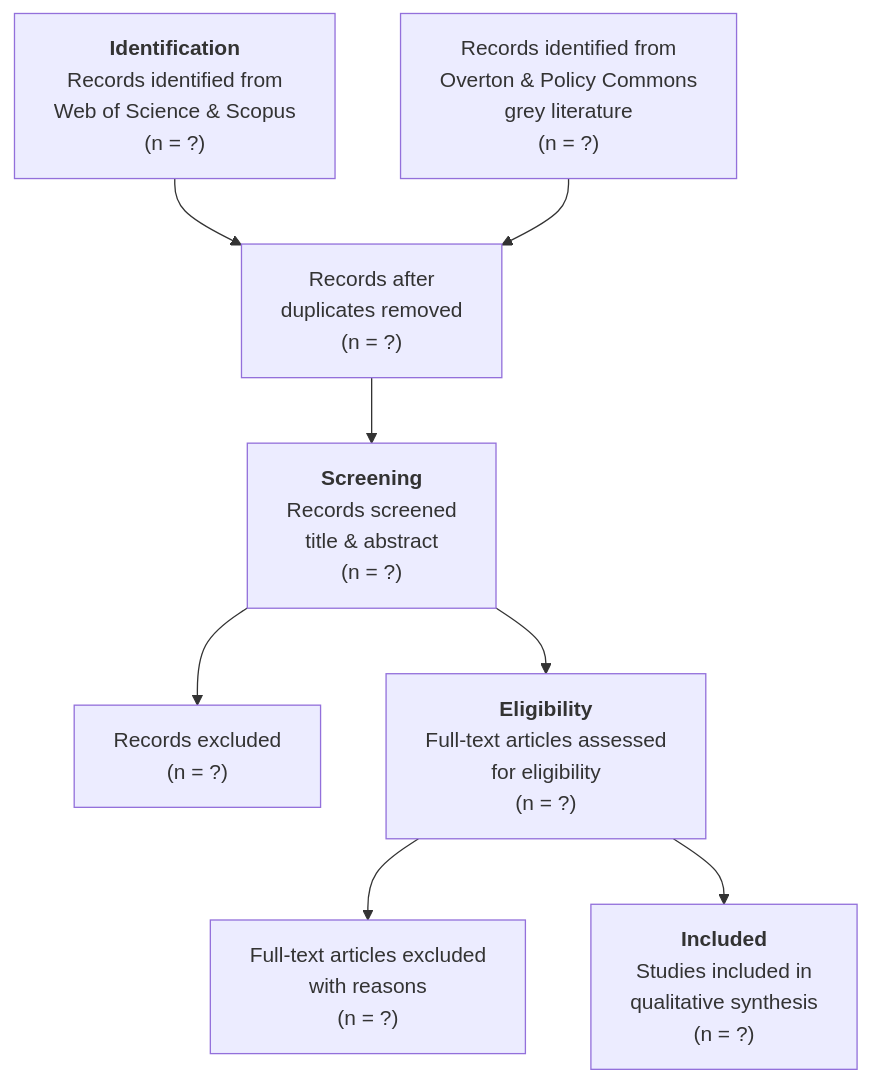
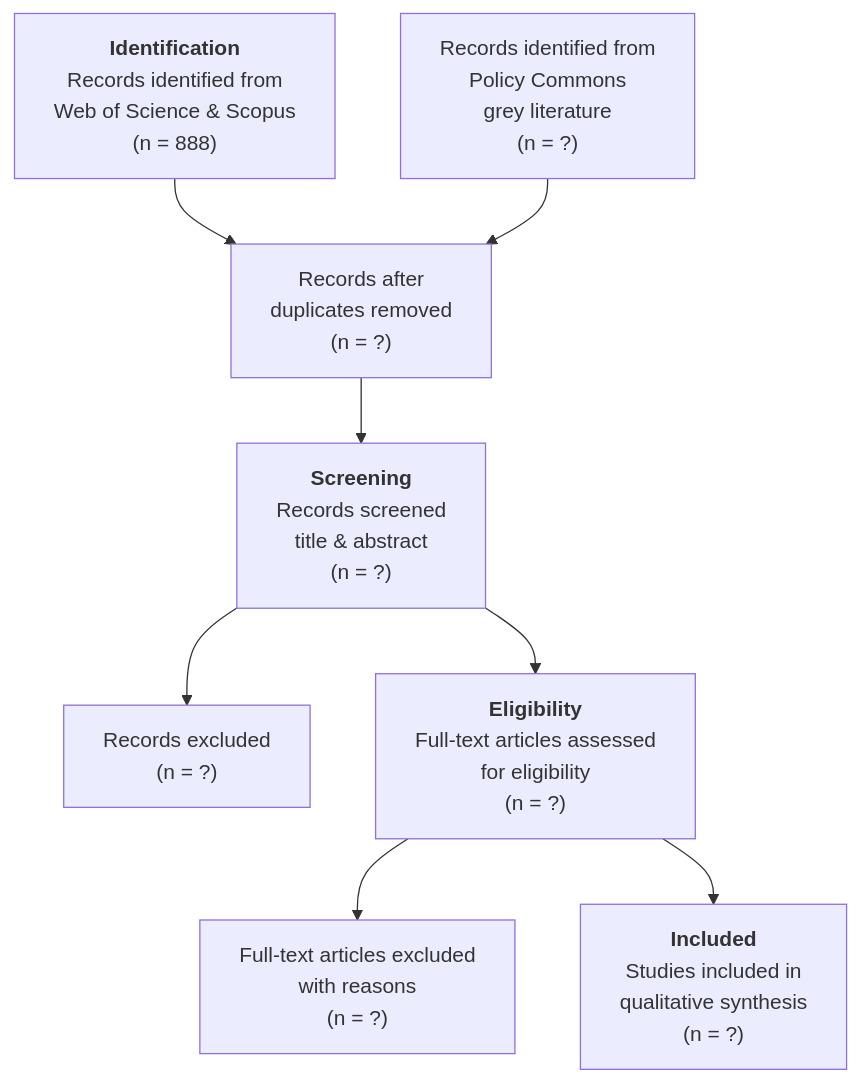
Before and after one commit to EVasiloudes/algorithmic-governance-domicide-slr: the second of 2 diagrams in Formative Methods - Urban Studies Dissertation (revised).md, drawn with Mermaid. The commit also changed other lines of this file and 20 other files, not shown here.

````diff
--- a/Formative Methods - Urban Studies Dissertation (revised).md
+++ b/Formative Methods - Urban Studies Dissertation (revised).md
@@ -54,10 +54,10 @@
 ```mermaid
 flowchart TD
-    A1["<b>Identification</b><br/>Records identified from<br/>Web of Science &amp; Scopus<br/>(n = ?)"] --> B["Records after<br/>duplicates removed<br/>(n = ?)"]
-    A2["Records identified from<br/>Overton &amp; Policy Commons<br/>grey literature<br/>(n = ?)"] --> B
+    A1["<b>Identification</b><br/>Records identified from<br/>Web of Science &amp; Scopus<br/>(n = 888)"] --> B["Records after<br/>duplicates removed<br/>(n = ?)"]
+    A2["Records identified from<br/>Policy Commons<br/>grey literature<br/>(n = ?)"] --> B
     B --> C["<b>Screening</b><br/>Records screened<br/>title &amp; abstract<br/>(n = ?)"]
     C --> D["Records excluded<br/>(n = ?)"]
     C --> E["<b>Eligibility</b><br/>Full-text articles assessed<br/>for eligibility<br/>(n = ?)"]
     E --> F["Full-text articles excluded<br/>with reasons<br/>(n = ?)"]
     E --> G["<b>Included</b><br/>Studies included in<br/>qualitative synthesis<br/>(n = ?)"]
 ```
````
